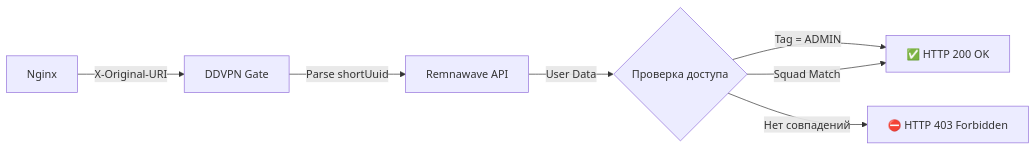
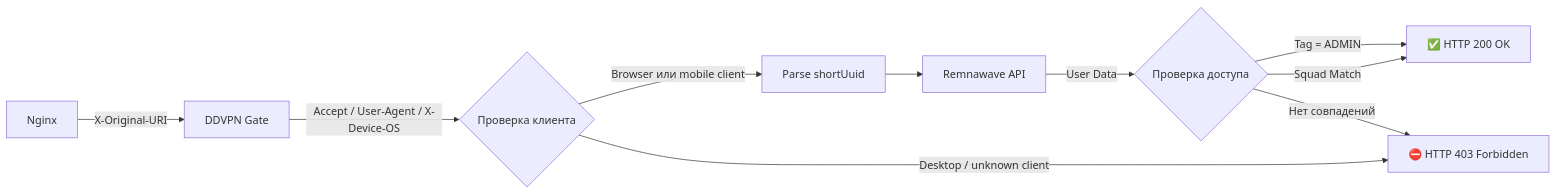
The diagram in README.md (fxfuren/ddvpn-gate), drawn with Mermaid before and after one commit. The commit also changed other lines of this file and 5 other files, not shown here.

````diff
--- a/README.md
+++ b/README.md
@@ -96,9 +100,12 @@
 ```mermaid
 graph LR
     A[Nginx] -->|X-Original-URI| B[DDVPN Gate]
-    B -->|Parse shortUuid| C[Remnawave API]
-    C -->|User Data| D{Проверка доступа}
-    D -->|Tag = ADMIN| E[✅ HTTP 200 OK]
-    D -->|Squad Match| E
-    D -->|Нет совпадений| F[⛔ HTTP 403 Forbidden]
+    B -->|Accept / User-Agent / X-Device-OS| C{Проверка клиента}
+    C -->|Browser или mobile client| D[Parse shortUuid]
+    C -->|Desktop / unknown client| G[⛔ HTTP 403 Forbidden]
+    D --> E[Remnawave API]
+    E -->|User Data| F{Проверка доступа}
+    F -->|Tag = ADMIN| H[✅ HTTP 200 OK]
+    F -->|Squad Match| H
+    F -->|Нет совпадений| G
 ```
````
